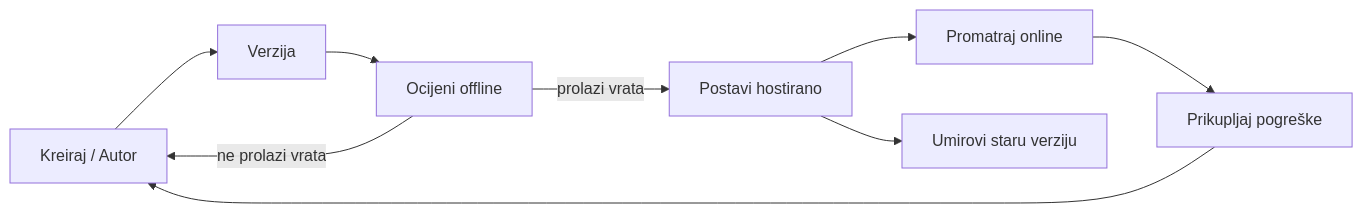
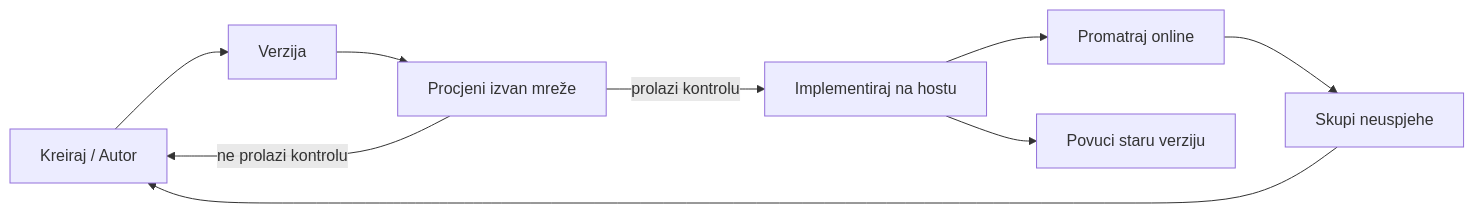
Before and after one commit to gabrielmoreira/agent-skills-mirror: the second of 4 diagrams in mirrors/repos/microsoft@ai-agents-for-beginners/translations/hr/16-deploying-scalable-agents/README.md, drawn with Mermaid. The commit also changed other lines of this file and 3581 other files, not shown here.

````diff
--- a/mirrors/repos/microsoft@ai-agents-for-beginners/translations/hr/16-deploying-scalable-agents/README.md
+++ b/mirrors/repos/microsoft@ai-agents-for-beginners/translations/hr/16-deploying-scalable-agents/README.md
@@ -108,11 +108,11 @@
 ```mermaid
 flowchart LR
     Create[Kreiraj / Autor] --> Version[Verzija]
-    Version --> Evaluate[Ocijeni offline]
-    Evaluate -->|prolazi vrata| Deploy[Postavi hostirano]
-    Evaluate -->|ne prolazi vrata| Create
+    Version --> Evaluate[Procjeni izvan mreže]
+    Evaluate -->|prolazi kontrolu| Deploy[Implementiraj na hostu]
+    Evaluate -->|ne prolazi kontrolu| Create
     Deploy --> Observe[Promatraj online]
-    Observe --> Improve[Prikupljaj pogreške]
+    Observe --> Improve[Skupi neuspjehe]
     Improve --> Create
-    Deploy --> Retire[Umirovi staru verziju]
+    Deploy --> Retire[Povuci staru verziju]
 ```
````
